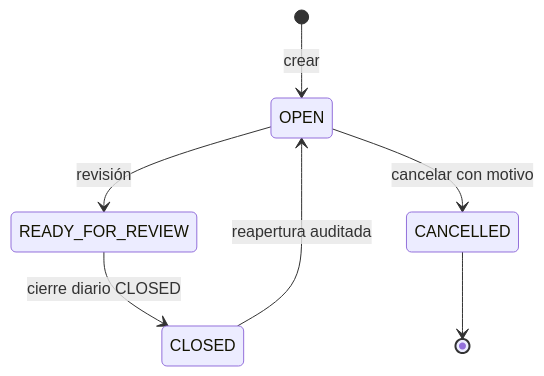
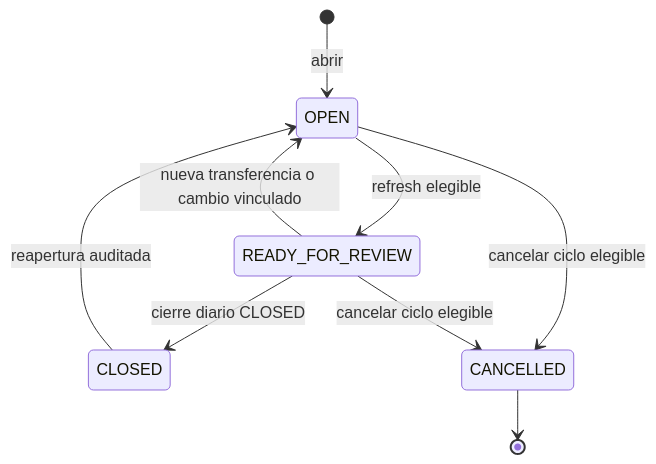
Before and after one commit to MarcosZamudio06/Los-Pollos-Distribuidora: the first of 2 diagrams in openspec/changes/add-cedis-branch-supply-cycle/state-diagram.md, drawn with Mermaid. The commit also changed other lines of this file and 43 other files, not shown here.

````diff
--- a/openspec/changes/add-cedis-branch-supply-cycle/state-diagram.md
+++ b/openspec/changes/add-cedis-branch-supply-cycle/state-diagram.md
@@ -5,9 +5,11 @@
 ```mermaid
 stateDiagram-v2
-    [*] --> OPEN: crear
-    OPEN --> READY_FOR_REVIEW: revisión
+    [*] --> OPEN: abrir
+    OPEN --> READY_FOR_REVIEW: refresh elegible
+    READY_FOR_REVIEW --> OPEN: nueva transferencia o cambio vinculado
     READY_FOR_REVIEW --> CLOSED: cierre diario CLOSED
     CLOSED --> OPEN: reapertura auditada
-    OPEN --> CANCELLED: cancelar con motivo
+    OPEN --> CANCELLED: cancelar ciclo elegible
+    READY_FOR_REVIEW --> CANCELLED: cancelar ciclo elegible
     CANCELLED --> [*]
 ```
````
